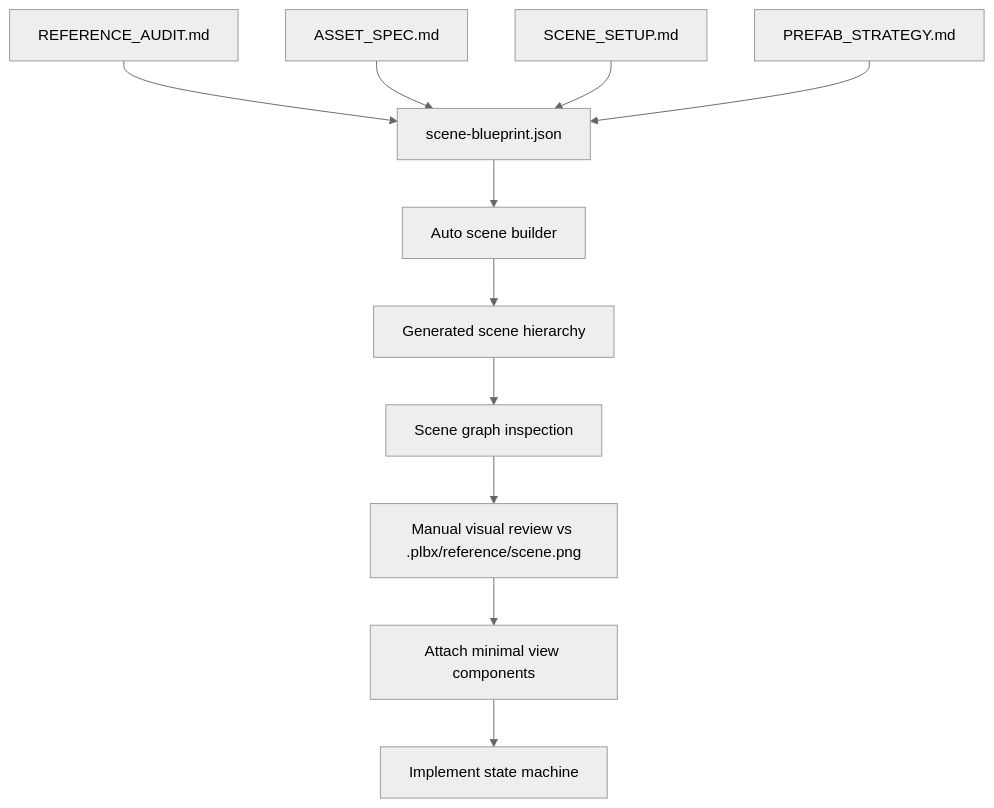
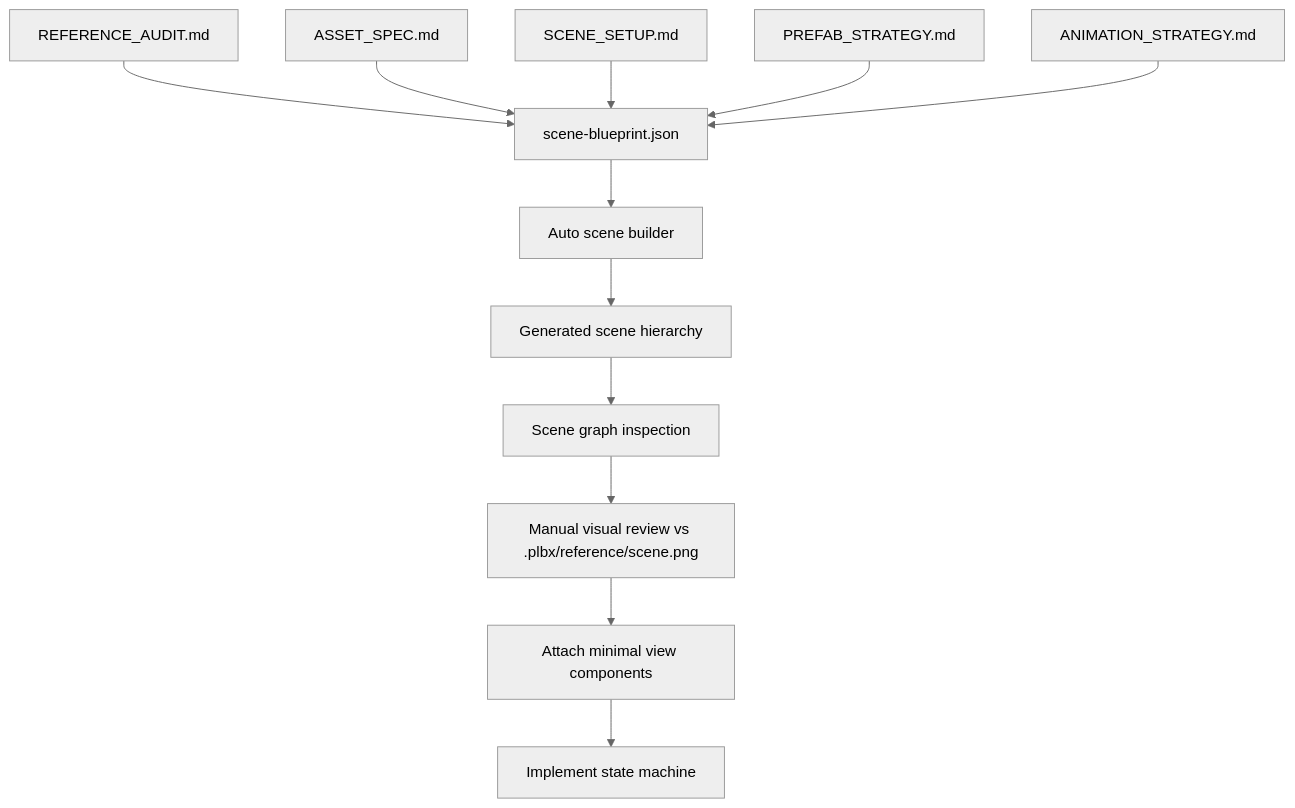
One commit to Magic-Quick/woz-b1-c3-toto changed the diagram in .plbx/game-design/AUTO_SCENE_ASSEMBLY_PLAN.md. Above: the diagram before and after it, drawn with Mermaid (neutral theme). The commit also changed other lines of this file and 31 other files, not shown here.

````diff
--- a/.plbx/game-design/AUTO_SCENE_ASSEMBLY_PLAN.md
+++ b/.plbx/game-design/AUTO_SCENE_ASSEMBLY_PLAN.md
@@ -59,13 +60,14 @@
 ```mermaid
 flowchart TD
   R[REFERENCE_AUDIT.md] --> B[scene-blueprint.json]
   A[ASSET_SPEC.md] --> B
   C[SCENE_SETUP.md] --> B
   P[PREFAB_STRATEGY.md] --> B
+  AN[ANIMATION_STRATEGY.md] --> B
   B --> D[Auto scene builder]
   D --> E[Generated scene hierarchy]
   E --> F[Scene graph inspection]
   F --> G[Manual visual review vs .plbx/reference/scene.png]
   G --> H[Attach minimal view components]
   H --> I[Implement state machine]
 ```
````
